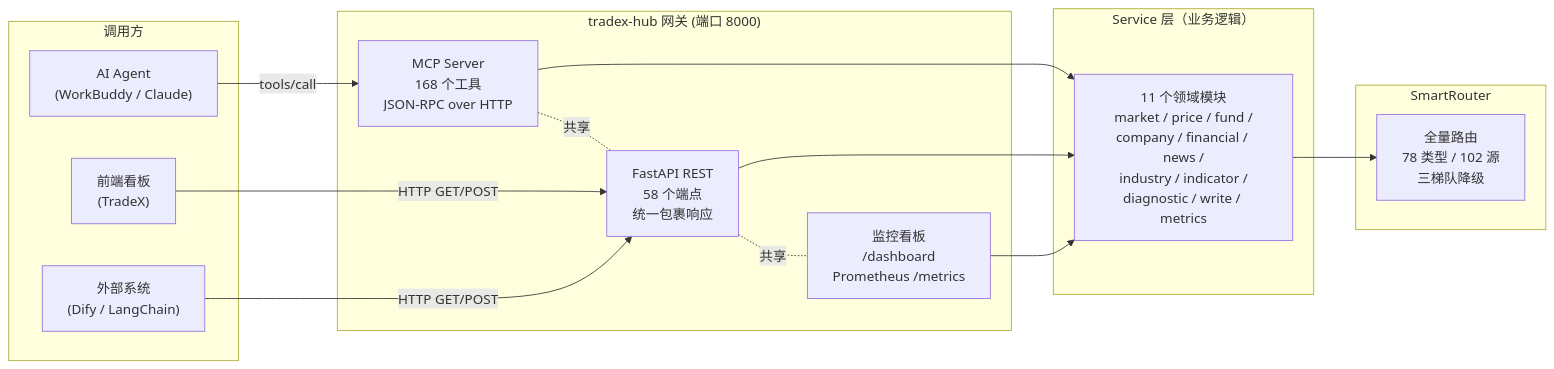
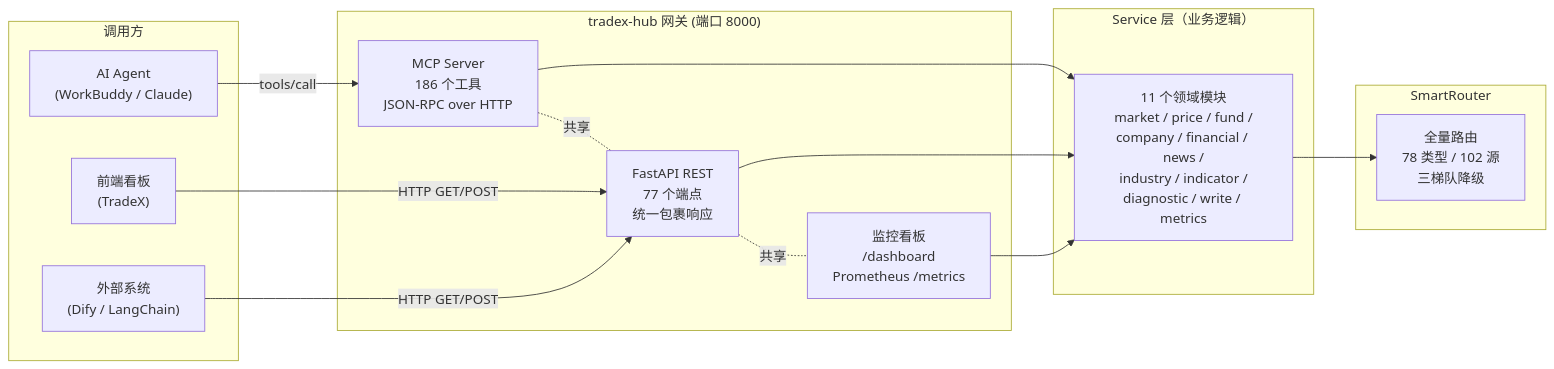
Before and after one commit to wolfjkd/tradex-hub: the first of 2 diagrams in README.md, drawn with Mermaid. The commit also changed other lines of this file and 5 other files, not shown here.

````diff
--- a/README.md
+++ b/README.md
@@ -97,32 +97,32 @@
 ```mermaid
 flowchart LR
     subgraph Caller["调用方"]
         A1["AI Agent<br/>(WorkBuddy / Claude)"]
         A2["前端看板<br/>(TradeX)"]
         A3["外部系统<br/>(Dify / LangChain)"]
     end
 
     subgraph Gateway["tradex-hub 网关 (端口 8000)"]
-        B1["MCP Server<br/>168 个工具<br/>JSON-RPC over HTTP"]
-        B2["FastAPI REST<br/>58 个端点<br/>统一包裹响应"]
+        B1["MCP Server<br/>186 个工具<br/>JSON-RPC over HTTP"]
+        B2["FastAPI REST<br/>77 个端点<br/>统一包裹响应"]
         B3["监控看板<br/>/dashboard<br/>Prometheus /metrics"]
         B1 -.共享.- B2
         B2 -.共享.- B3
     end
 
     subgraph Service["Service 层（业务逻辑）"]
         C1["11 个领域模块<br/>market / price / fund /<br/>company / financial / news /<br/>industry / indicator /<br/>diagnostic / write / metrics"]
     end
 
     subgraph Router["SmartRouter"]
         D1["全量路由<br/>78 类型 / 102 源<br/>三梯队降级"]
     end
 
     A1 -->|tools/call| B1
     A2 -->|HTTP GET/POST| B2
     A3 -->|HTTP GET/POST| B2
     B1 --> C1
     B2 --> C1
     B3 --> C1
     C1 --> D1
 ```
````
